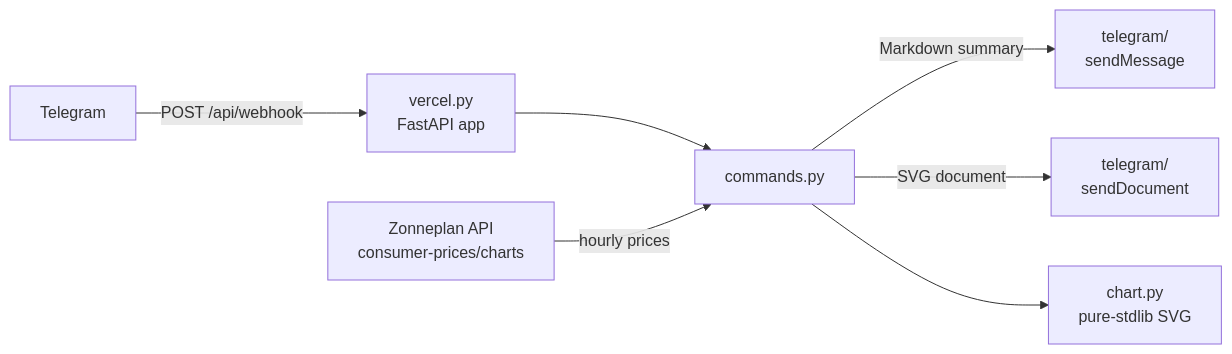
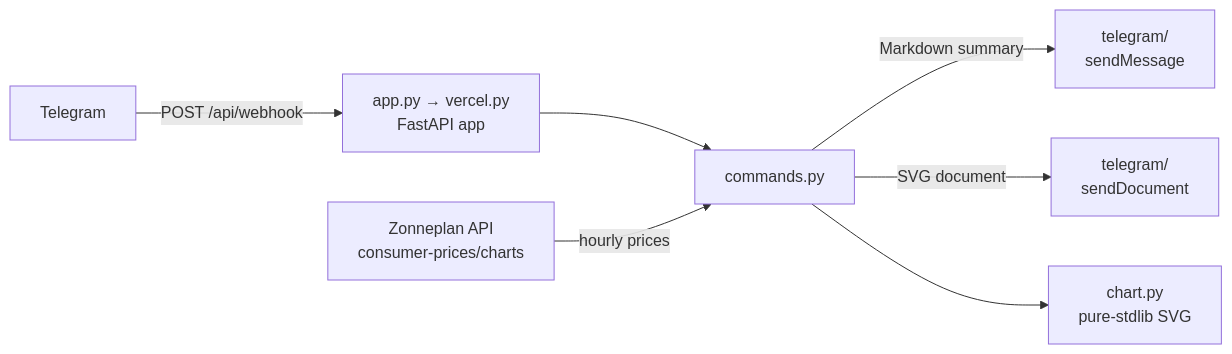
One commit to Crissal1995/zonneplan-telegram changed the diagram in README.md. Above: the diagram before and after it, drawn with Mermaid. The commit also changed other lines of this file and 3 other files, not shown here.

````diff
--- a/README.md
+++ b/README.md
@@ -20,9 +20,9 @@
 ```mermaid
 flowchart LR
-    T["Telegram"] -->|"POST /api/webhook"| V["vercel.py<br/>FastAPI app"]
+    T["Telegram"] -->|"POST /api/webhook"| V["app.py → vercel.py<br/>FastAPI app"]
     V --> B["commands.py"]
     A["Zonneplan API<br/>consumer-prices/charts"] -->|hourly prices| B
     B -->|Markdown summary| E["telegram/<br/>sendMessage"]
     B -->|SVG document| F["telegram/<br/>sendDocument"]
     B --> D["chart.py<br/>pure-stdlib SVG"]
 ```
````
